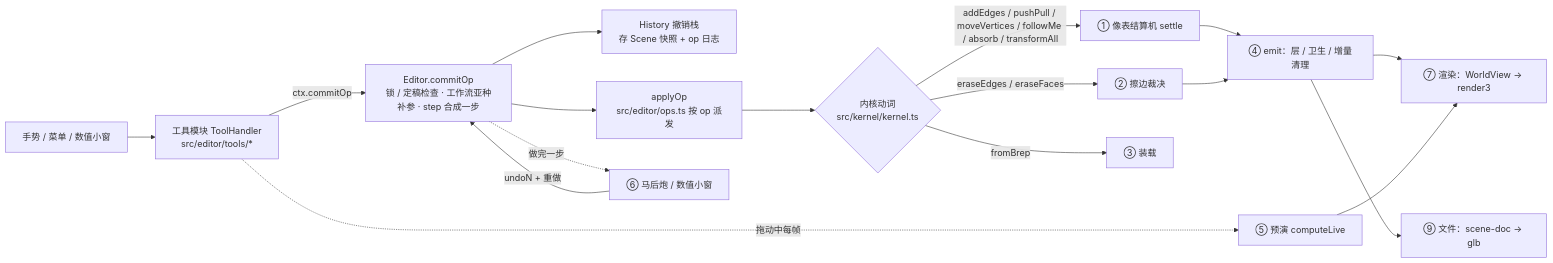
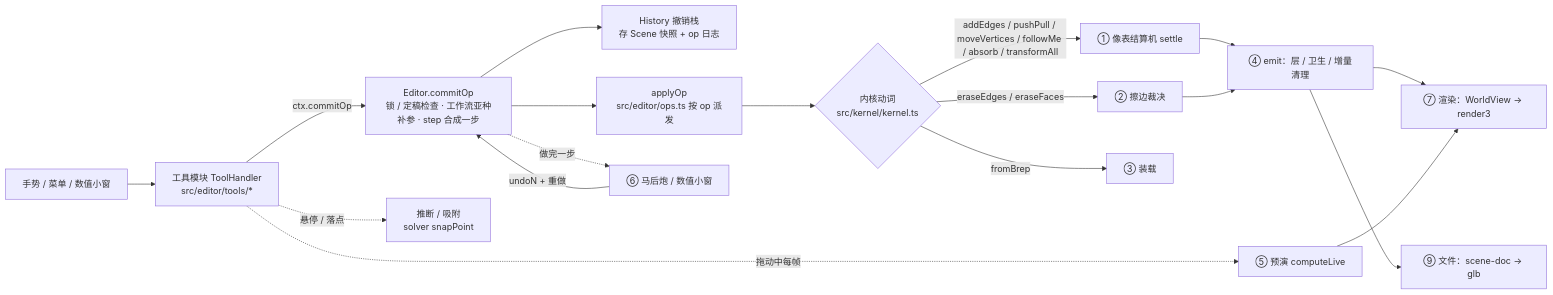
The diagram in ai-docs/20261026-pipelines.md (fangzhangmnm/catsup), drawn with Mermaid before and after one commit. The commit also changed other lines of this file and 60 other files, not shown here.

````diff
--- a/ai-docs/20261026-pipelines.md
+++ b/ai-docs/20261026-pipelines.md
@@ -12,19 +12,20 @@
 ```mermaid
 flowchart LR
   G[手势 / 菜单 / 数值小窗] --> T[工具模块 ToolHandler<br/>src/editor/tools/*]
   T -->|ctx.commitOp| C[Editor.commitOp<br/>锁 / 定稿检查 · 工作流亚种补参 · step 合成一步]
   C --> H[History 撤销栈<br/>存 Scene 快照 + op 日志]
   C --> A[applyOp<br/>src/editor/ops.ts 按 op 派发]
   A --> K{内核动词<br/>src/kernel/kernel.ts}
   K -->|addEdges / pushPull / moveVertices / followMe / absorb / transformAll| S[① 像表结算机 settle]
   K -->|eraseEdges / eraseFaces| E[② 擦边裁决]
   K -->|fromBrep| L[③ 装载]
   S --> M[④ emit：层 / 卫生 / 增量清理]
   E --> M
   M --> R[⑦ 渲染：WorldView → render3]
   M --> F[⑨ 文件：scene-doc → glb]
+  T -.悬停 / 落点.-> I[推断 / 吸附<br/>solver snapPoint]
   T -.拖动中每帧.-> P[⑤ 预演 computeLive]
   P --> R
   C -.做完一步.-> Q[⑥ 马后炮 / 数值小窗]
   Q -->|undoN + 重做| C
 ```
````
